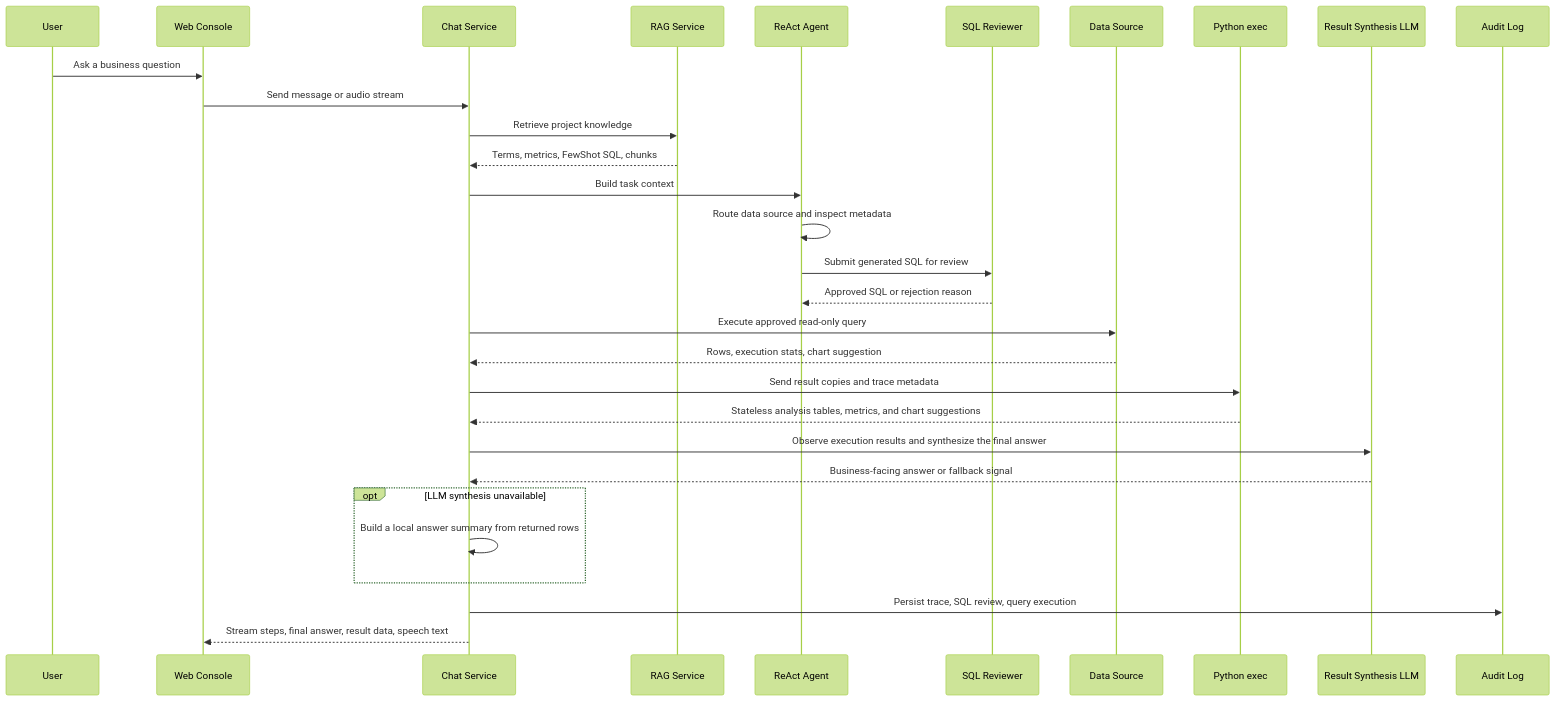
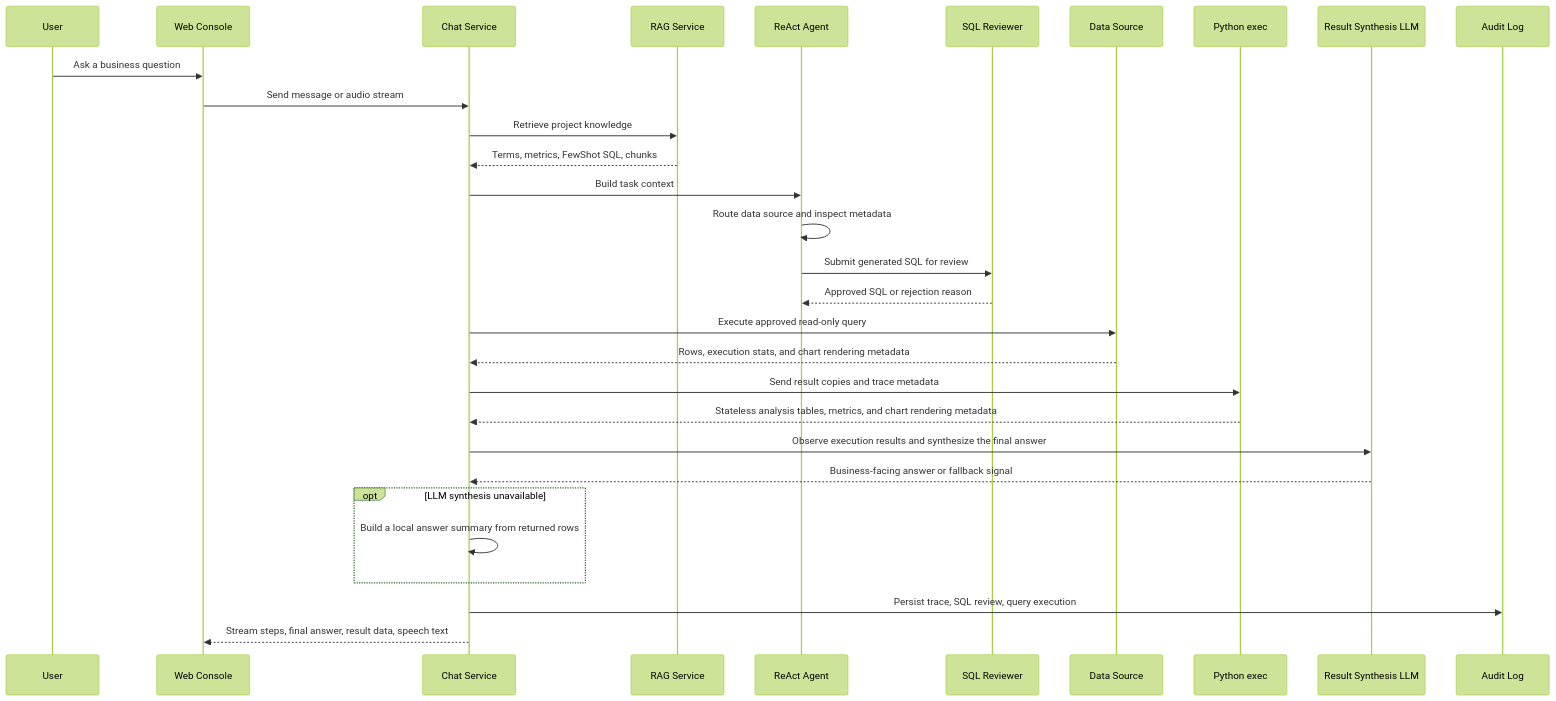
The third of 3 diagrams in README.md (fanxiangqing/ling-shu), drawn with Mermaid (forest theme) before and after one commit. The commit also changed other lines of this file and 4 other files, not shown here.

````diff
--- a/README.md
+++ b/README.md
@@ -501,33 +501,33 @@
 ```mermaid
 sequenceDiagram
   participant User as User
   participant Web as Web Console
   participant Chat as Chat Service
   participant RAG as RAG Service
   participant Agent as ReAct Agent
   participant SQL as SQL Reviewer
   participant DB as Data Source
   participant PyExec as Python exec
   participant LLM as Result Synthesis LLM
   participant Audit as Audit Log
 
   User->>Web: Ask a business question
   Web->>Chat: Send message or audio stream
   Chat->>RAG: Retrieve project knowledge
   RAG-->>Chat: Terms, metrics, FewShot SQL, chunks
   Chat->>Agent: Build task context
   Agent->>Agent: Route data source and inspect metadata
   Agent->>SQL: Submit generated SQL for review
   SQL-->>Agent: Approved SQL or rejection reason
   Chat->>DB: Execute approved read-only query
-  DB-->>Chat: Rows, execution stats, chart suggestion
+  DB-->>Chat: Rows, execution stats, and chart rendering metadata
   Chat->>PyExec: Send result copies and trace metadata
-  PyExec-->>Chat: Stateless analysis tables, metrics, and chart suggestions
+  PyExec-->>Chat: Stateless analysis tables, metrics, and chart rendering metadata
   Chat->>LLM: Observe execution results and synthesize the final answer
   LLM-->>Chat: Business-facing answer or fallback signal
   opt LLM synthesis unavailable
     Chat->>Chat: Build a local answer summary from returned rows
   end
   Chat->>Audit: Persist trace, SQL review, query execution
   Chat-->>Web: Stream steps, final answer, result data, speech text
 ```
````
